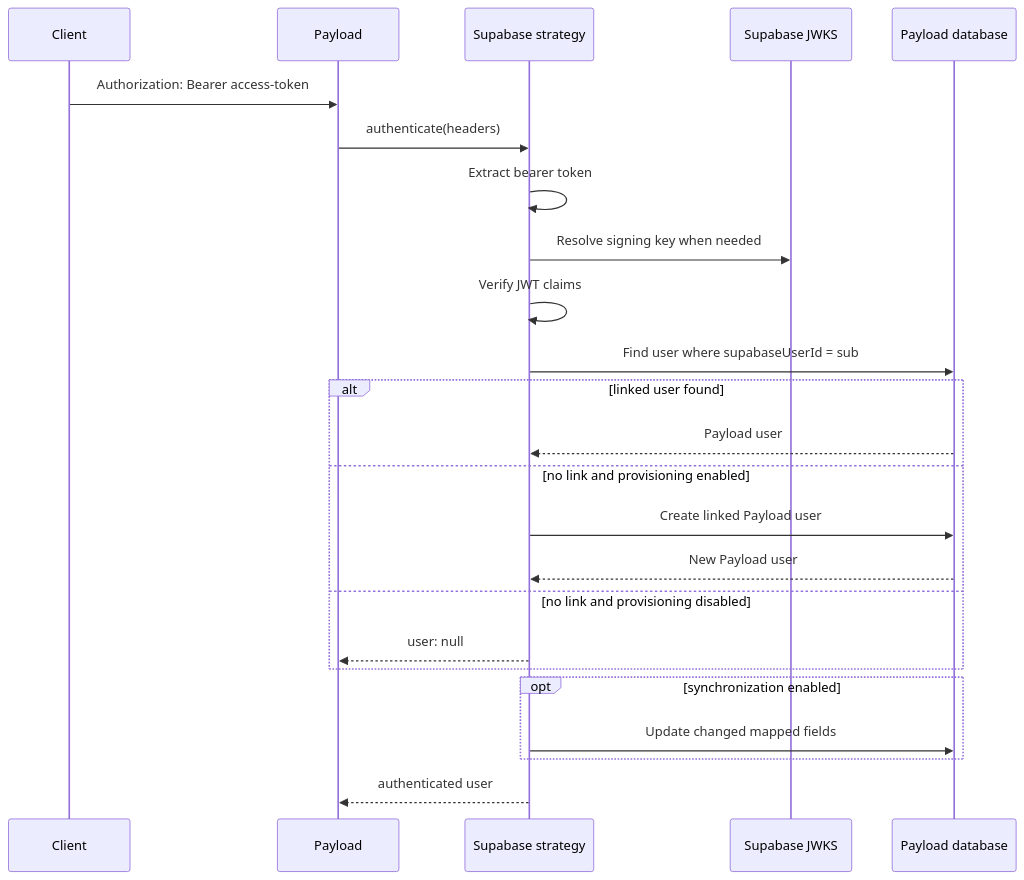
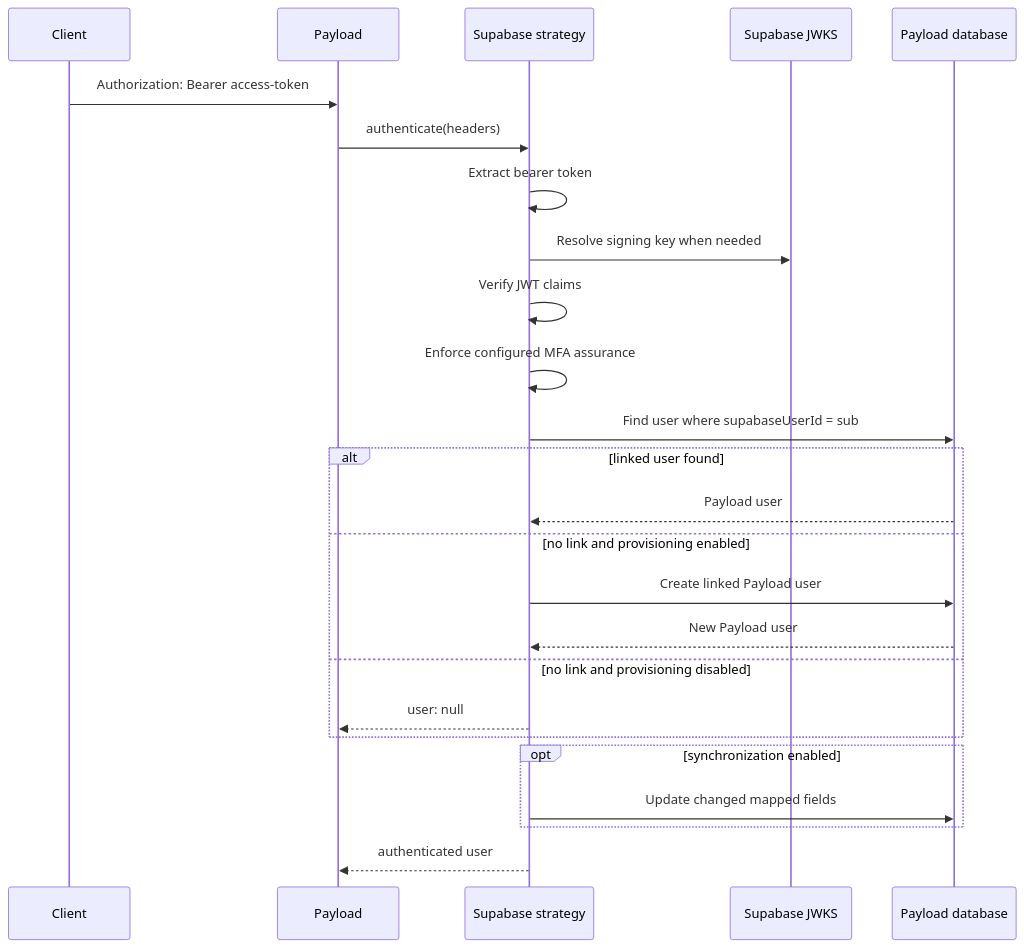
The second of 2 diagrams in docs/architecture.md (dombestein-data/payload-supabase-auth), drawn with Mermaid before and after one commit. The commit also changed other lines of this file and 51 other files, not shown here.

````diff
--- a/docs/architecture.md
+++ b/docs/architecture.md
@@ -145,27 +159,28 @@
 ```mermaid
 sequenceDiagram
     participant Client
     participant Payload
     participant Strategy as Supabase strategy
     participant JWKS as Supabase JWKS
     participant DB as Payload database
 
     Client->>Payload: Authorization: Bearer access-token
     Payload->>Strategy: authenticate(headers)
     Strategy->>Strategy: Extract bearer token
     Strategy->>JWKS: Resolve signing key when needed
     Strategy->>Strategy: Verify JWT claims
+    Strategy->>Strategy: Enforce configured MFA assurance
     Strategy->>DB: Find user where supabaseUserId = sub
     alt linked user found
         DB-->>Strategy: Payload user
     else no link and provisioning enabled
         Strategy->>DB: Create linked Payload user
         DB-->>Strategy: New Payload user
     else no link and provisioning disabled
         Strategy-->>Payload: user: null
     end
     opt synchronization enabled
         Strategy->>DB: Update changed mapped fields
     end
     Strategy-->>Payload: authenticated user
 ```
````
